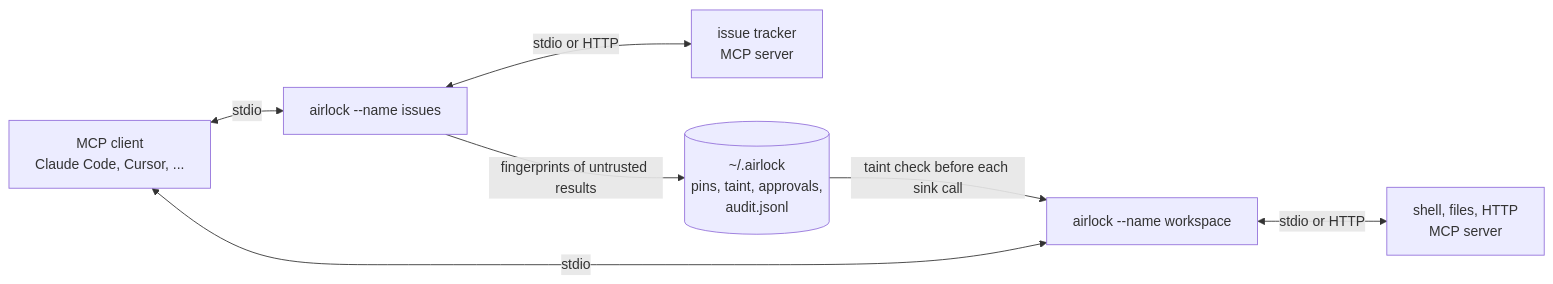
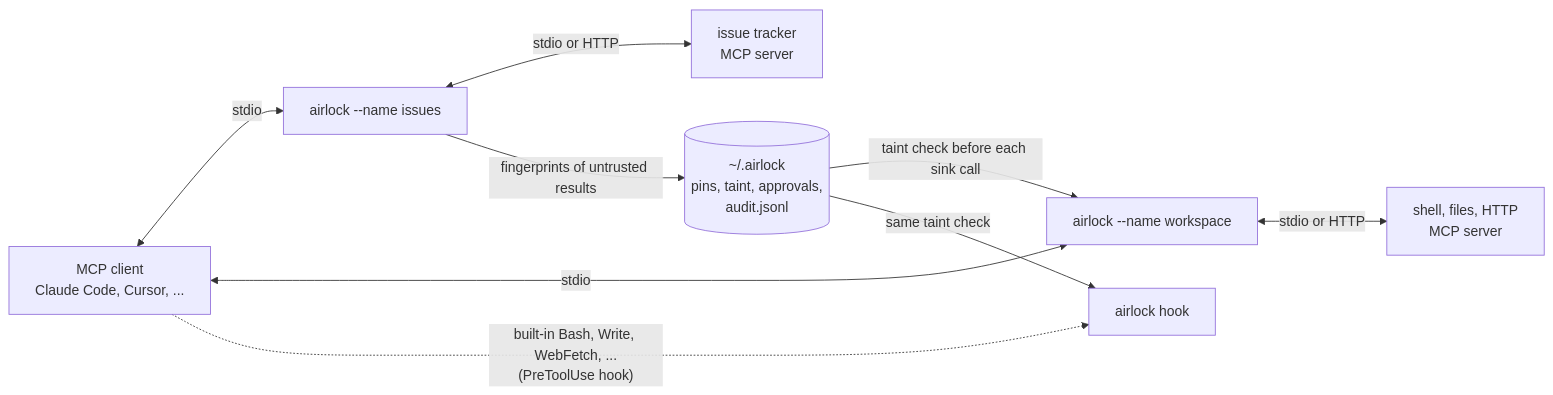
The diagram in README.md (trailofblocks/mcp-airlock), drawn with Mermaid before and after one commit. The commit also changed other lines of this file and 14 other files, not shown here.

````diff
--- a/README.md
+++ b/README.md
@@ -24,10 +24,12 @@
 ```mermaid
 flowchart LR
   client["MCP client<br/>Claude Code, Cursor, ..."]
   client <-- stdio --> A1["airlock --name issues"]
   client <-- stdio --> A2["airlock --name workspace"]
   A1 <-- "stdio or HTTP" --> S1["issue tracker<br/>MCP server"]
   A2 <-- "stdio or HTTP" --> S2["shell, files, HTTP<br/>MCP server"]
   A1 -- "fingerprints of untrusted results" --> state[("~/.airlock<br/>pins, taint, approvals,<br/>audit.jsonl")]
   state -- "taint check before each sink call" --> A2
+  client -. "built-in Bash, Write, WebFetch, ...<br/>(PreToolUse hook)" .-> H["airlock hook"]
+  state -- "same taint check" --> H
 ```
````
